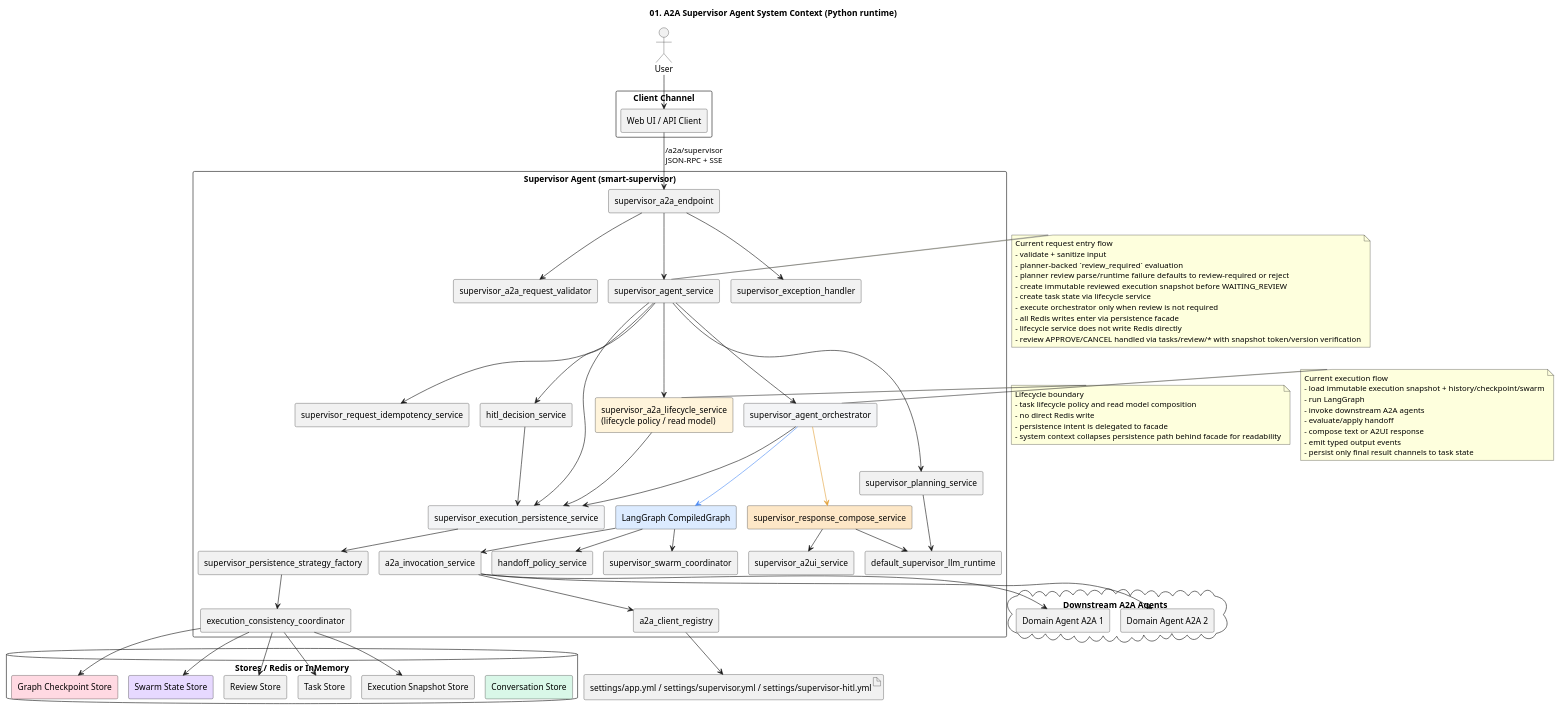
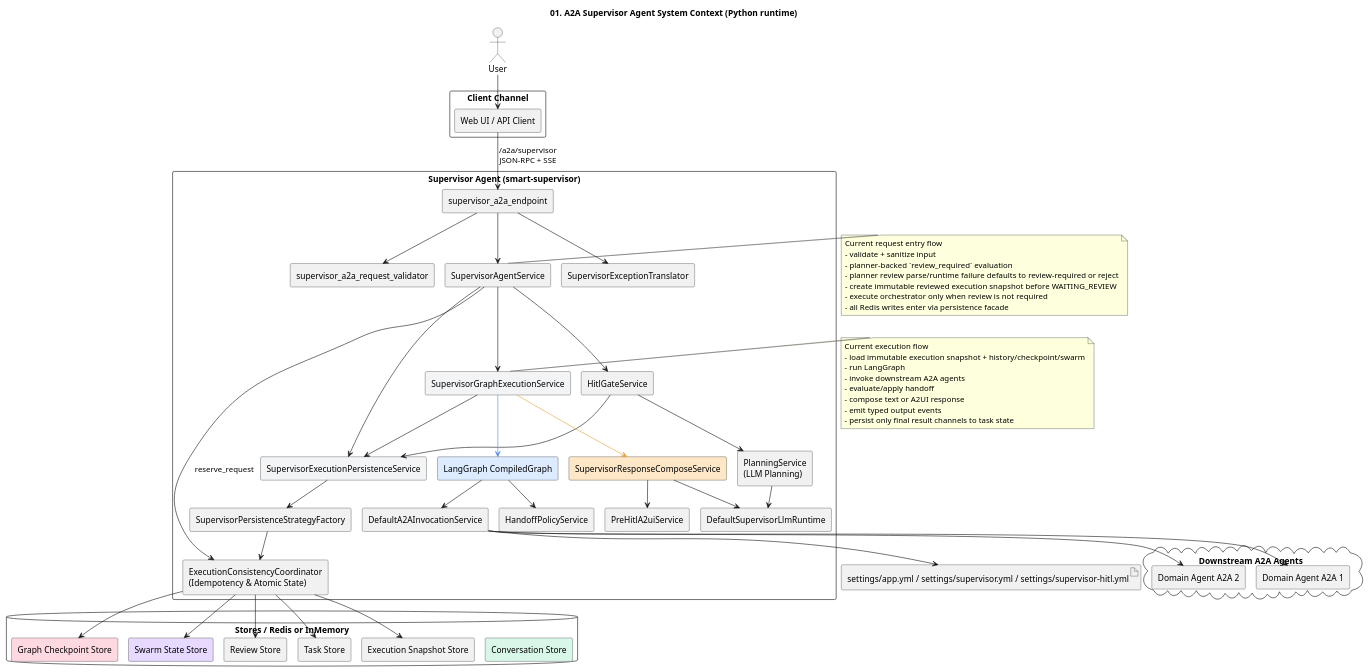
One commit to kim57uak/smart-supervisor-sub-agent changed the diagram in a2a-host_agent-architecture/01-system-context.puml. Above: the diagram before and after it, drawn with PlantUML. The commit also changed 33 other files, not shown here.

```diff
--- a/a2a-host_agent-architecture/01-system-context.puml
+++ b/a2a-host_agent-architecture/01-system-context.puml
@@ -1,118 +1,99 @@
 @startuml
 !pragma layout smetana
 title 01. A2A Supervisor Agent System Context (Python runtime)
 
 skinparam shadowing false
 skinparam componentStyle rectangle
 
 actor User
 
 rectangle "Client Channel" {
   [Web UI / API Client] as Client
 }
 
 rectangle "Supervisor Agent (smart-supervisor)" {
   [supervisor_a2a_endpoint] as supervisor_a2a_endpoint
   [supervisor_a2a_request_validator] as supervisor_a2a_request_validator
-  [supervisor_agent_service] as supervisor_agent_service
-  [supervisor_request_idempotency_service] as supervisor_request_idempotency_service
-  [hitl_decision_service] as hitl_decision_service
-  [supervisor_execution_persistence_service] as supervisor_execution_persistence_service #F3F4F6
-  [supervisor_persistence_strategy_factory] as supervisor_persistence_strategy_factory
-  [execution_consistency_coordinator] as execution_consistency_coordinator
-  [supervisor_a2a_lifecycle_service\n(lifecycle policy / read model)] as supervisor_a2a_lifecycle_service #FFF4DB
-  [supervisor_agent_orchestrator] as supervisor_agent_orchestrator #F3F4F6
+  [SupervisorAgentService] as supervisor_agent_service
+  [ExecutionConsistencyCoordinator\n(Idempotency & Atomic State)] as execution_consistency_coordinator
+  [HitlGateService] as hitl_gate_service
+  [SupervisorExecutionPersistenceService] as supervisor_execution_persistence_service #F3F4F6
+  [SupervisorPersistenceStrategyFactory] as supervisor_persistence_strategy_factory
+  [SupervisorGraphExecutionService] as supervisor_graph_execution_service #F3F4F6
   [LangGraph CompiledGraph] as langgraph_compiled_graph #DCEBFF
-  [supervisor_planning_service] as supervisor_planning_service
-  [a2a_invocation_service] as a2a_invocation_service
-  [handoff_policy_service] as handoff_policy_service
-  [supervisor_swarm_coordinator] as supervisor_swarm_coordinator
-  [supervisor_response_compose_service] as supervisor_response_compose_service #FDE7C7
-  [supervisor_a2ui_service] as supervisor_a2ui_service
-  [default_supervisor_llm_runtime] as default_supervisor_llm_runtime
-  [a2a_client_registry] as a2a_client_registry
-  [supervisor_exception_handler] as supervisor_exception_handler
+  [PlanningService\n(LLM Planning)] as planning_service
+  [DefaultA2AInvocationService] as a2a_invocation_service
+  [HandoffPolicyService] as handoff_policy_service
+  [SupervisorResponseComposeService] as supervisor_response_compose_service #FDE7C7
+  [PreHitlA2uiService] as pre_hitl_a2ui_service
+  [DefaultSupervisorLlmRuntime] as default_supervisor_llm_runtime
+  [SupervisorExceptionTranslator] as supervisor_exception_translator
 }
 
 database "Stores / Redis or InMemory" as Stores {
   [Conversation Store] as ConversationStore #D9F7E8
   [Graph Checkpoint Store] as CheckpointStore #FFD9E2
   [Swarm State Store] as SwarmStateStore #E7D9FF
   [Review Store] as ReviewStore
   [Task Store] as TaskStore
   [Execution Snapshot Store] as ExecutionSnapshotStore
 }
 
 cloud "Downstream A2A Agents" {
   [Domain Agent A2A 1] as ProductAgent
   [Domain Agent A2A 2] as ReservationAgent
 }
 
 artifact "settings/app.yml / settings/supervisor.yml / settings/supervisor-hitl.yml" as Config
 
 User --> Client
 Client --> supervisor_a2a_endpoint : /a2a/supervisor\nJSON-RPC + SSE
 supervisor_a2a_endpoint --> supervisor_a2a_request_validator
 supervisor_a2a_endpoint --> supervisor_agent_service
-supervisor_a2a_endpoint --> supervisor_exception_handler
-supervisor_agent_service --> supervisor_request_idempotency_service
-supervisor_agent_service --> hitl_decision_service
+supervisor_a2a_endpoint --> supervisor_exception_translator
+supervisor_agent_service --> execution_consistency_coordinator : reserve_request
+supervisor_agent_service --> hitl_gate_service
 supervisor_agent_service --> supervisor_execution_persistence_service
-supervisor_agent_service --> supervisor_a2a_lifecycle_service
-supervisor_agent_service --> supervisor_agent_orchestrator
-supervisor_agent_service --> supervisor_planning_service
-hitl_decision_service --> supervisor_execution_persistence_service
-supervisor_a2a_lifecycle_service --> supervisor_execution_persistence_service
+supervisor_agent_service --> supervisor_graph_execution_service
+hitl_gate_service --> supervisor_execution_persistence_service
+hitl_gate_service --> planning_service
 supervisor_execution_persistence_service --> supervisor_persistence_strategy_factory
 supervisor_persistence_strategy_factory --> execution_consistency_coordinator
-supervisor_agent_orchestrator -[#4C8BF5]-> langgraph_compiled_graph
+supervisor_graph_execution_service -[#4C8BF5]-> langgraph_compiled_graph
 langgraph_compiled_graph --> a2a_invocation_service
 langgraph_compiled_graph --> handoff_policy_service
-langgraph_compiled_graph --> supervisor_swarm_coordinator
-supervisor_agent_orchestrator -[#E3A23B]-> supervisor_response_compose_service
-supervisor_response_compose_service --> supervisor_a2ui_service
-supervisor_planning_service --> default_supervisor_llm_runtime
+supervisor_graph_execution_service -[#E3A23B]-> supervisor_response_compose_service
+supervisor_response_compose_service --> pre_hitl_a2ui_service
+planning_service --> default_supervisor_llm_runtime
 supervisor_response_compose_service --> default_supervisor_llm_runtime
-a2a_invocation_service --> a2a_client_registry
-a2a_client_registry --> Config
+a2a_invocation_service --> Config
 a2a_invocation_service --> ProductAgent
 a2a_invocation_service --> ReservationAgent
-supervisor_agent_orchestrator --> supervisor_execution_persistence_service
+supervisor_graph_execution_service --> supervisor_execution_persistence_service
 execution_consistency_coordinator --> TaskStore
 execution_consistency_coordinator --> ReviewStore
 execution_consistency_coordinator --> CheckpointStore
 execution_consistency_coordinator --> SwarmStateStore
 execution_consistency_coordinator --> ExecutionSnapshotStore
 
 note right of supervisor_agent_service
 Current request entry flow
 - validate + sanitize input
 - planner-backed `review_required` evaluation
 - planner review parse/runtime failure defaults to review-required or reject
 - create immutable reviewed execution snapshot before WAITING_REVIEW
-- create task state via lifecycle service
 - execute orchestrator only when review is not required
 - all Redis writes enter via persistence facade
-- lifecycle service does not write Redis directly
-- review APPROVE/CANCEL handled via tasks/review/* with snapshot token/version verification
 end note
 
-note right of supervisor_a2a_lifecycle_service
-Lifecycle boundary
-- task lifecycle policy and read model composition
-- no direct Redis write
-- persistence intent is delegated to facade
-- system context collapses persistence path behind facade for readability
-end note
-
-note right of supervisor_agent_orchestrator
+note right of supervisor_graph_execution_service
 Current execution flow
 - load immutable execution snapshot + history/checkpoint/swarm
 - run LangGraph
 - invoke downstream A2A agents
 - evaluate/apply handoff
 - compose text or A2UI response
 - emit typed output events
 - persist only final result channels to task state
 end note
 @enduml
```
